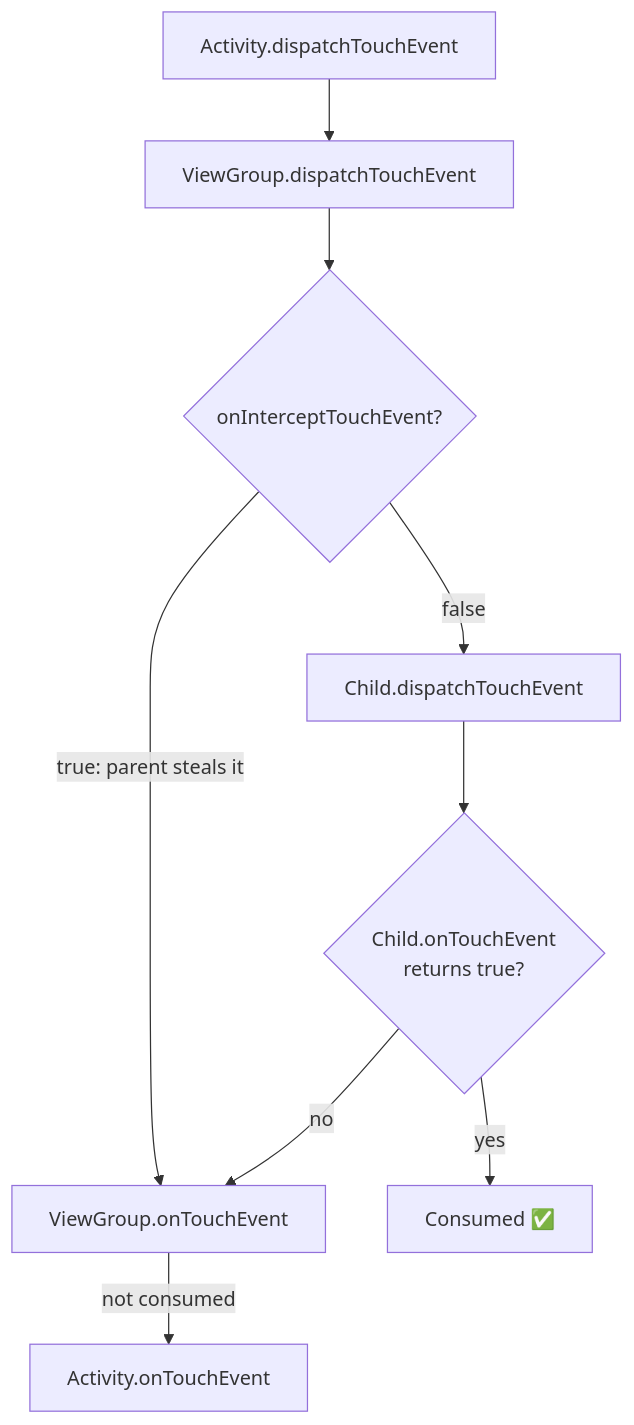
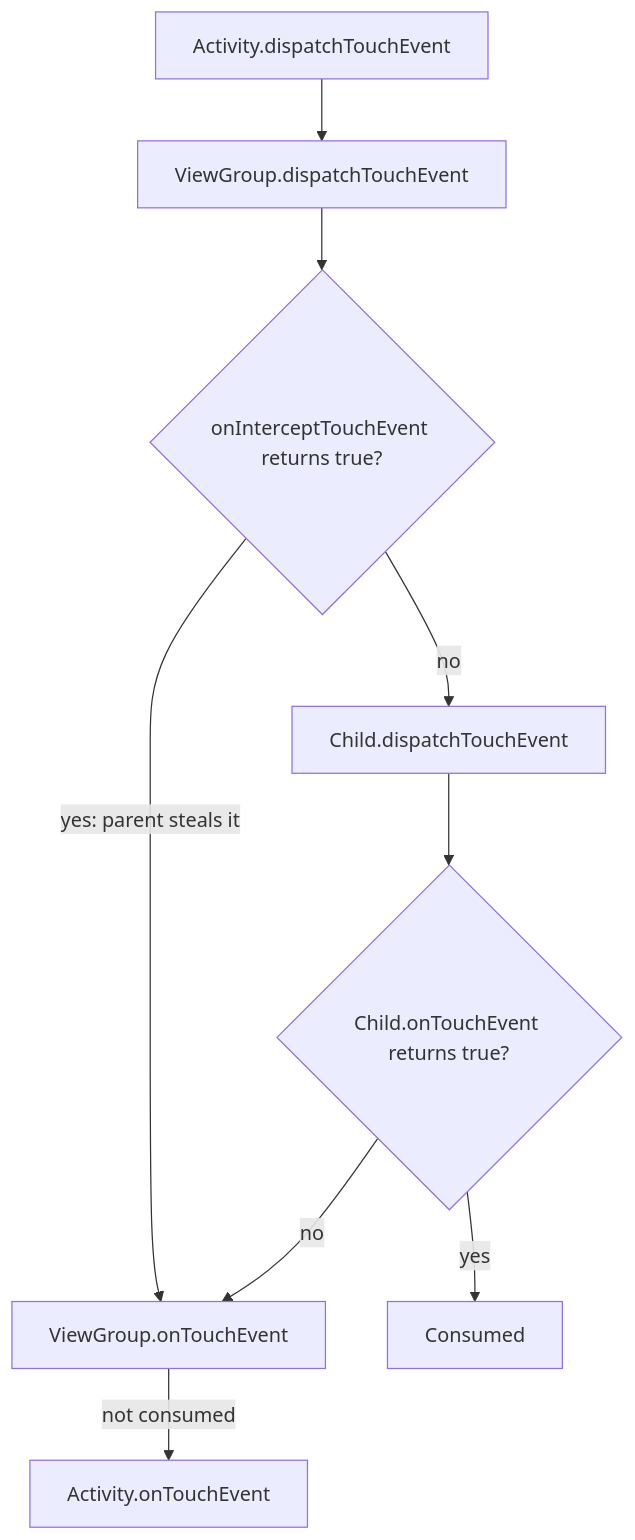
One commit to AkshayAshokCode/Android-Interview-Questions-cheat-sheet changed the seventh of 12 diagrams in topics/10-ui-views.md. Above: the diagram before and after it, drawn with Mermaid. The commit also changed other lines of this file and 21 other files, not shown here.

````diff
--- a/topics/10-ui-views.md
+++ b/topics/10-ui-views.md
@@ -261,11 +1101,11 @@
 ```mermaid
 flowchart TD
     A["Activity.dispatchTouchEvent"] --> G["ViewGroup.dispatchTouchEvent"]
-    G --> I{"onInterceptTouchEvent?"}
-    I -->|"true: parent steals it"| GT["ViewGroup.onTouchEvent"]
-    I -->|"false"| C["Child.dispatchTouchEvent"]
-    C --> CT{"Child.onTouchEvent<br/>returns true?"}
-    CT -->|"yes"| DONE["Consumed ✅"]
+    G --> I{"onInterceptTouchEvent returns true?"}
+    I -->|"yes: parent steals it"| GT["ViewGroup.onTouchEvent"]
+    I -->|"no"| C["Child.dispatchTouchEvent"]
+    C --> CT{"Child.onTouchEvent returns true?"}
+    CT -->|"yes"| DONE["Consumed"]
     CT -->|"no"| GT
     GT -->|"not consumed"| AT["Activity.onTouchEvent"]
 ```
````
